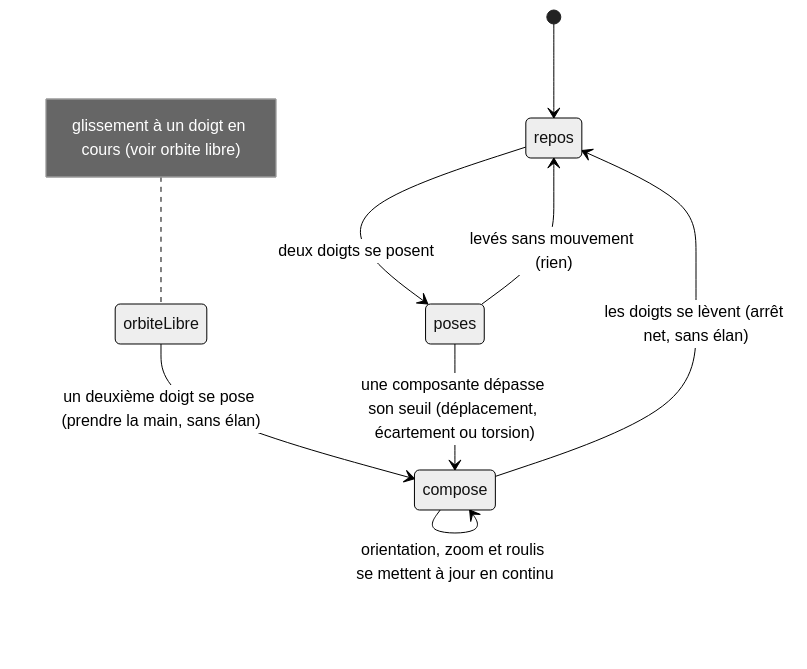
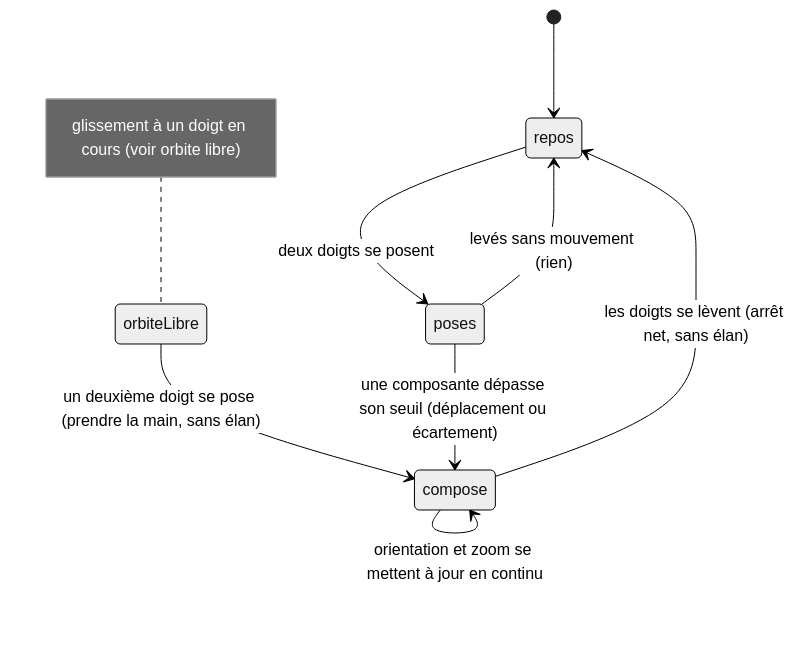
One commit to francoischay/solar-system- changed the diagram in docs/product-description/camera/geste-compose.md. Above: the diagram before and after it, drawn with Mermaid (neutral theme). The commit also changed other lines of this file and 19 other files, not shown here.

````diff
--- a/docs/product-description/camera/geste-compose.md
+++ b/docs/product-description/camera/geste-compose.md
@@ -21,11 +21,11 @@
 ```mermaid
 stateDiagram-v2
     [*] --> repos
     repos --> poses : deux doigts se posent
     poses --> repos : levés sans mouvement (rien)
-    poses --> compose : une composante dépasse son seuil (déplacement, écartement ou torsion)
+    poses --> compose : une composante dépasse son seuil (déplacement ou écartement)
     orbiteLibre --> compose : un deuxième doigt se pose (prendre la main, sans élan)
-    compose --> compose : orientation, zoom et roulis se mettent à jour en continu
+    compose --> compose : orientation et zoom se mettent à jour en continu
     compose --> repos : les doigts se lèvent (arrêt net, sans élan)
     note left of orbiteLibre : glissement à un doigt en cours (voir orbite libre)
 ```
````
